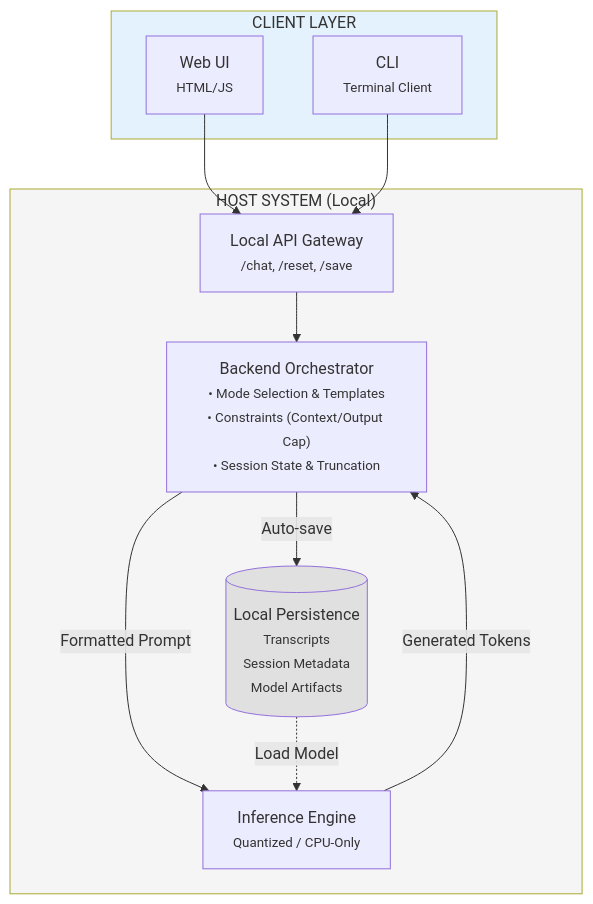
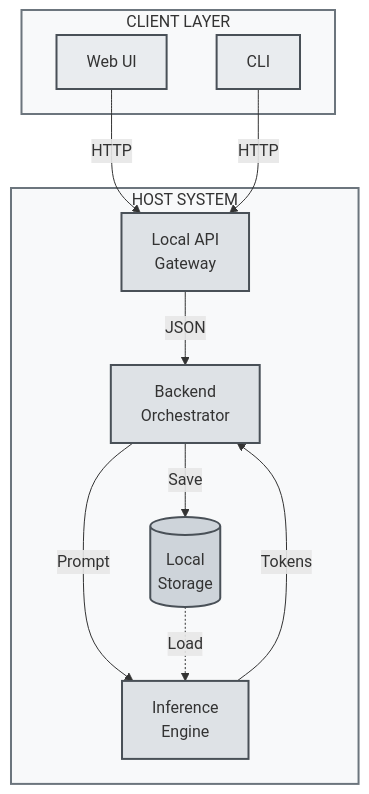
The diagram in README.md (ak23bar/Pocket-Brain), drawn with Mermaid before and after one commit. The commit also changed other lines of this file, not shown here.

Commit message:
Fixed README Diagram

````diff
--- a/README.md
+++ b/README.md
@@ -26,26 +26,31 @@
 ```mermaid
 flowchart TB
     subgraph clients["CLIENT LAYER"]
-        WebUI["Web UI<br/><small>HTML/JS</small>"]
-        CLI["CLI<br/><small>Terminal Client</small>"]
+        WebUI["Web UI"]
+        CLI["CLI"]
     end
     
-    subgraph host["HOST SYSTEM (Local)"]
-        API["Local API Gateway<br/><small>/chat, /reset, /save</small>"]
-        Backend["Backend Orchestrator<br/><small>• Mode Selection & Templates<br/>• Constraints (Context/Output Cap)<br/>• Session State & Truncation</small>"]
-        Engine["Inference Engine<br/><small>Quantized / CPU-Only</small>"]
-        Storage[("Local Persistence<br/><small>Transcripts<br/>Session Metadata<br/>Model Artifacts</small>")]
+    subgraph host["HOST SYSTEM"]
+        API["Local API<br/>Gateway"]
+        Backend["Backend<br/>Orchestrator"]
+        Engine["Inference<br/>Engine"]
+        Storage[("Local<br/>Storage")]
     end
     
-    WebUI --> API
-    CLI --> API
-    API --> Backend
-    Backend -->|Formatted Prompt| Engine
-    Engine -->|Generated Tokens| Backend
-    Backend -->|Auto-save| Storage
-    Storage -.->|Load Model| Engine
+    WebUI -->|HTTP| API
+    CLI -->|HTTP| API
+    API -->|JSON| Backend
+    Backend -->|Prompt| Engine
+    Engine -->|Tokens| Backend
+    Backend -->|Save| Storage
+    Storage -.->|Load| Engine
     
-    style clients fill:#e3f2fd
-    style host fill:#f5f5f5
-    style Storage fill:#e0e0e0
+    style clients fill:#f8f9fa,stroke:#6c757d,stroke-width:2px
+    style host fill:#f8f9fa,stroke:#6c757d,stroke-width:2px
+    style WebUI fill:#e9ecef,stroke:#495057,stroke-width:2px
+    style CLI fill:#e9ecef,stroke:#495057,stroke-width:2px
+    style API fill:#dee2e6,stroke:#495057,stroke-width:2px
+    style Backend fill:#dee2e6,stroke:#495057,stroke-width:2px
+    style Engine fill:#dee2e6,stroke:#495057,stroke-width:2px
+    style Storage fill:#ced4da,stroke:#495057,stroke-width:2px
 ```
````
